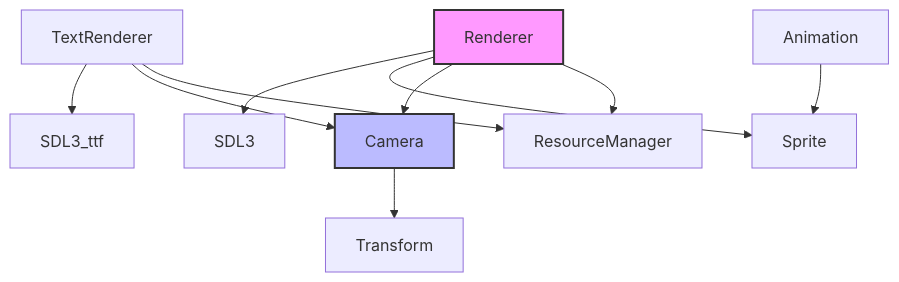
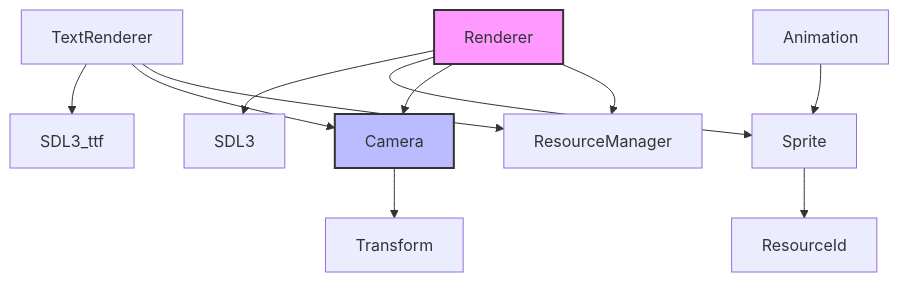
The fifth of 5 diagrams in doc/render/README.md (hezhangtdzs/MonsterWar), drawn with Mermaid before and after one commit. The commit also changed other lines of this file and 47 other files, not shown here.

````diff
--- a/doc/render/README.md
+++ b/doc/render/README.md
@@ -436,18 +548,20 @@
 ```mermaid
 graph TB
     Renderer --> ResourceManager
     Renderer --> Camera
     Renderer --> Sprite
     Renderer --> SDL3
     
     TextRenderer --> ResourceManager
     TextRenderer --> Camera
     TextRenderer --> SDL3_ttf
     
     Camera --> Transform
     
     Animation --> Sprite
     
+    Sprite --> ResourceId
+    
     style Renderer fill:#f9f,stroke:#333,stroke-width:2px
     style Camera fill:#bbf,stroke:#333,stroke-width:2px
 ```
````
